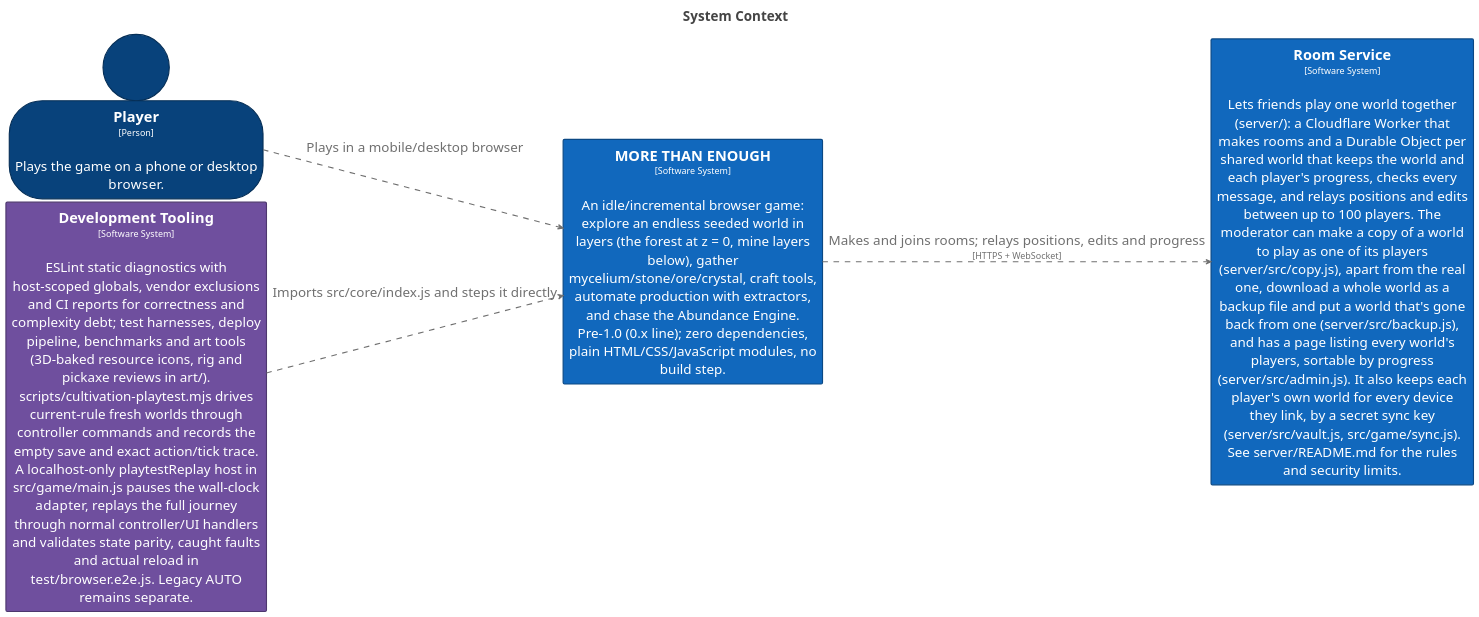
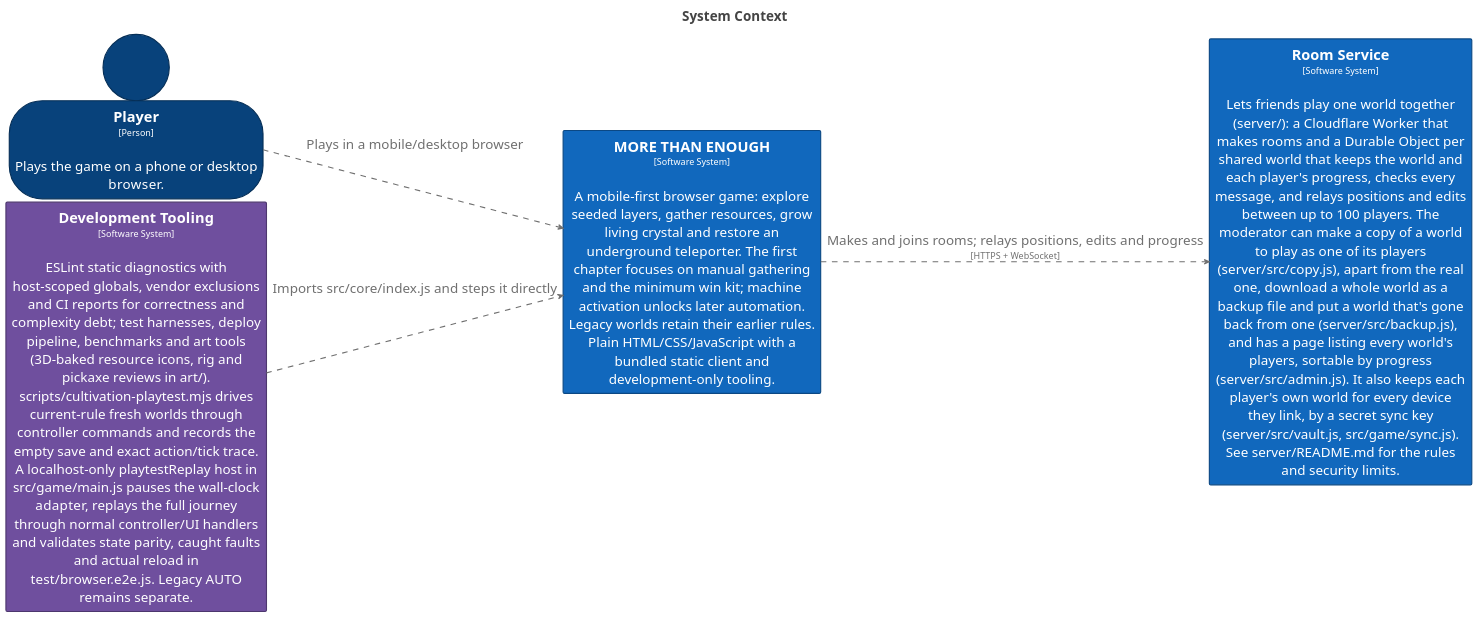
Before and after one commit to bitkojine/more-than-enough: the diagram in structurizr/diagrams/SystemContext.puml, drawn with PlantUML. The commit also changed 50 other files, not shown here.

Commit message:
Release 0.181.0: focus the win route and unlock optional systems after activation

```diff
--- a/structurizr/diagrams/SystemContext.puml
+++ b/structurizr/diagrams/SystemContext.puml
@@ -2,83 +2,83 @@
 @startuml
 title <size:24>System Context</size>
 
 set separator none
 left to right direction
 skinparam ranksep 20
 skinparam nodesep 5
 hide stereotype
 
 <style>
   root {
     BackgroundColor: #ffffff;
     FontColor: #444444;
   }
   // Element,Person
   .Element-RWxlbWVudCxQZXJzb24= {
     BackgroundColor: #08427b;
     LineColor: #052e56;
     LineStyle: 0;
     LineThickness: 2;
     FontColor: #ffffff;
     FontSize: 24;
     HorizontalAlignment: center;
     Shadowing: 0;
     MaximumWidth: 450;
   }
   // Element,Software System
   .Element-RWxlbWVudCxTb2Z0d2FyZSBTeXN0ZW0= {
     BackgroundColor: #1168bd;
     LineColor: #0b4884;
     LineStyle: 0;
     LineThickness: 2;
     FontColor: #ffffff;
     FontSize: 24;
     HorizontalAlignment: center;
     Shadowing: 0;
     MaximumWidth: 450;
   }
   // Element,Software System,Game
   .Element-RWxlbWVudCxTb2Z0d2FyZSBTeXN0ZW0sR2FtZQ== {
     BackgroundColor: #1168bd;
     LineColor: #0b4884;
     LineStyle: 0;
     LineThickness: 2;
     FontColor: #ffffff;
     FontSize: 24;
     HorizontalAlignment: center;
     Shadowing: 0;
     MaximumWidth: 450;
   }
   // Element,Software System,Tooling
   .Element-RWxlbWVudCxTb2Z0d2FyZSBTeXN0ZW0sVG9vbGluZw== {
     BackgroundColor: #6f4f9e;
     LineColor: #4d376e;
     LineStyle: 0;
     LineThickness: 2;
     FontColor: #ffffff;
     FontSize: 24;
     HorizontalAlignment: center;
     Shadowing: 0;
     MaximumWidth: 450;
   }
   // Relationship
   .Relationship-UmVsYXRpb25zaGlw {
     LineThickness: 2;
     LineStyle: 10-10;
     LineColor: #707070;
     FontColor: #707070;
     FontSize: 24;
     MaximumWidth: 200;
   }
 </style>
 
 person "==Player\n<size:16>[Person]</size>\n\nPlays the game on a phone or desktop browser." <<Element-RWxlbWVudCxQZXJzb24=>> as Player
-rectangle "==MORE THAN ENOUGH\n<size:16>[Software System]</size>\n\nAn idle/incremental browser game: explore an endless seeded world in layers (the forest at z = 0, mine layers below), gather mycelium/stone/ore/crystal, craft tools, automate production with extractors, and chase the Abundance Engine. Pre-1.0 (0.x line); zero dependencies, plain HTML/CSS/JavaScript modules, no build step." <<Element-RWxlbWVudCxTb2Z0d2FyZSBTeXN0ZW0sR2FtZQ==>> as MORETHANENOUGH
+rectangle "==MORE THAN ENOUGH\n<size:16>[Software System]</size>\n\nA mobile-first browser game: explore seeded layers, gather resources, grow living crystal and restore an underground teleporter. The first chapter focuses on manual gathering and the minimum win kit; machine activation unlocks later automation. Legacy worlds retain their earlier rules. Plain HTML/CSS/JavaScript with a bundled static client and development-only tooling." <<Element-RWxlbWVudCxTb2Z0d2FyZSBTeXN0ZW0sR2FtZQ==>> as MORETHANENOUGH
 rectangle "==Room Service\n<size:16>[Software System]</size>\n\nLets friends play one world together (server/): a Cloudflare Worker that makes rooms and a Durable Object per shared world that keeps the world and each player's progress, checks every message, and relays positions and edits between up to 100 players. The moderator can make a copy of a world to play as one of its players (server/src/copy.js), apart from the real one, download a whole world as a backup file and put a world that's gone back from one (server/src/backup.js), and has a page listing every world's players, sortable by progress (server/src/admin.js). It also keeps each player's own world for every device they link, by a secret sync key (server/src/vault.js, src/game/sync.js). See server/README.md for the rules and security limits." <<Element-RWxlbWVudCxTb2Z0d2FyZSBTeXN0ZW0=>> as RoomService
 rectangle "==Development Tooling\n<size:16>[Software System]</size>\n\nESLint static diagnostics with host-scoped globals, vendor exclusions and CI reports for correctness and complexity debt; test harnesses, deploy pipeline, benchmarks and art tools (3D-baked resource icons, rig and pickaxe reviews in art/). scripts/cultivation-playtest.mjs drives current-rule fresh worlds through controller commands and records the empty save and exact action/tick trace. A localhost-only playtestReplay host in src/game/main.js pauses the wall-clock adapter, replays the full journey through normal controller/UI handlers and validates state parity, caught faults and actual reload in test/browser.e2e.js. Legacy AUTO remains separate." <<Element-RWxlbWVudCxTb2Z0d2FyZSBTeXN0ZW0sVG9vbGluZw==>> as DevelopmentTooling
 
 Player --> MORETHANENOUGH <<Relationship-UmVsYXRpb25zaGlw>> : "Plays in a mobile/desktop browser"
 MORETHANENOUGH --> RoomService <<Relationship-UmVsYXRpb25zaGlw>> : "Makes and joins rooms; relays positions, edits and progress\n<size:16>[HTTPS + WebSocket]</size>"
 DevelopmentTooling --> MORETHANENOUGH <<Relationship-UmVsYXRpb25zaGlw>> : "Imports src/core/index.js and steps it directly"
 
 @enduml
```
